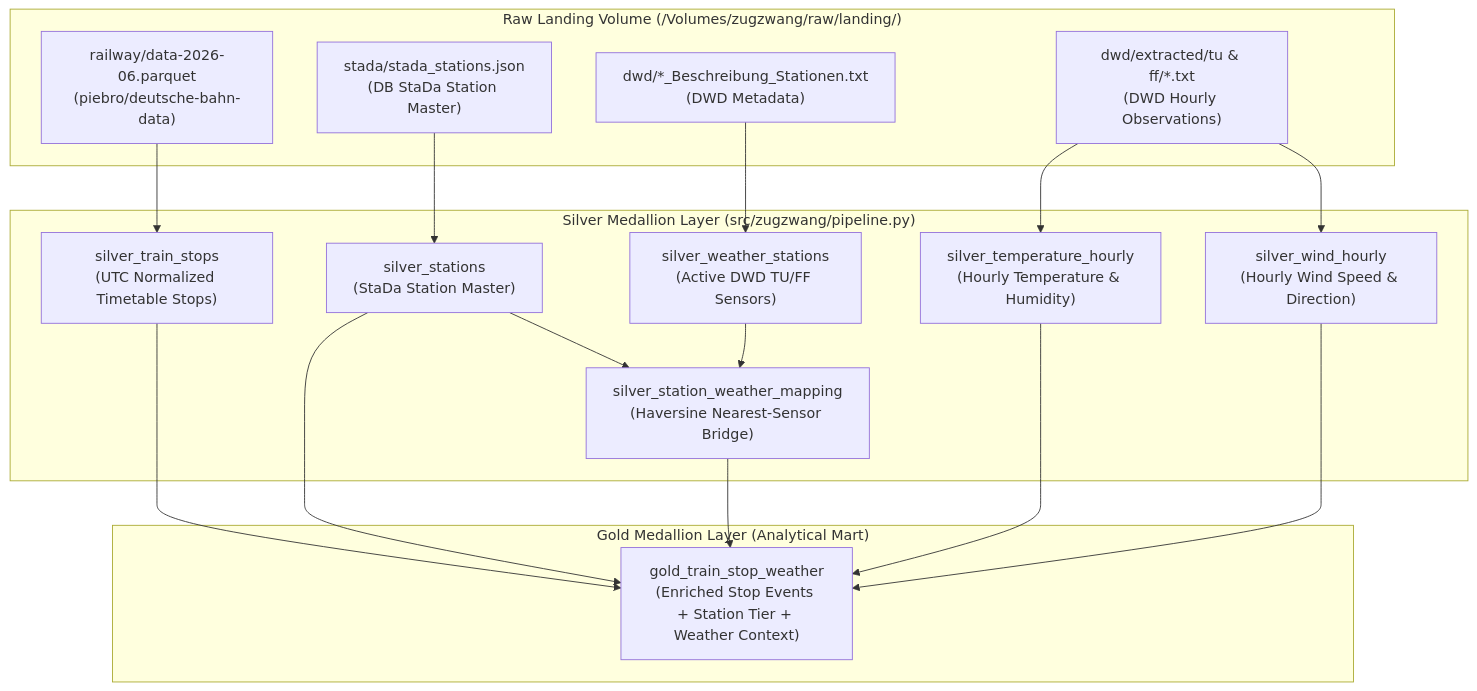
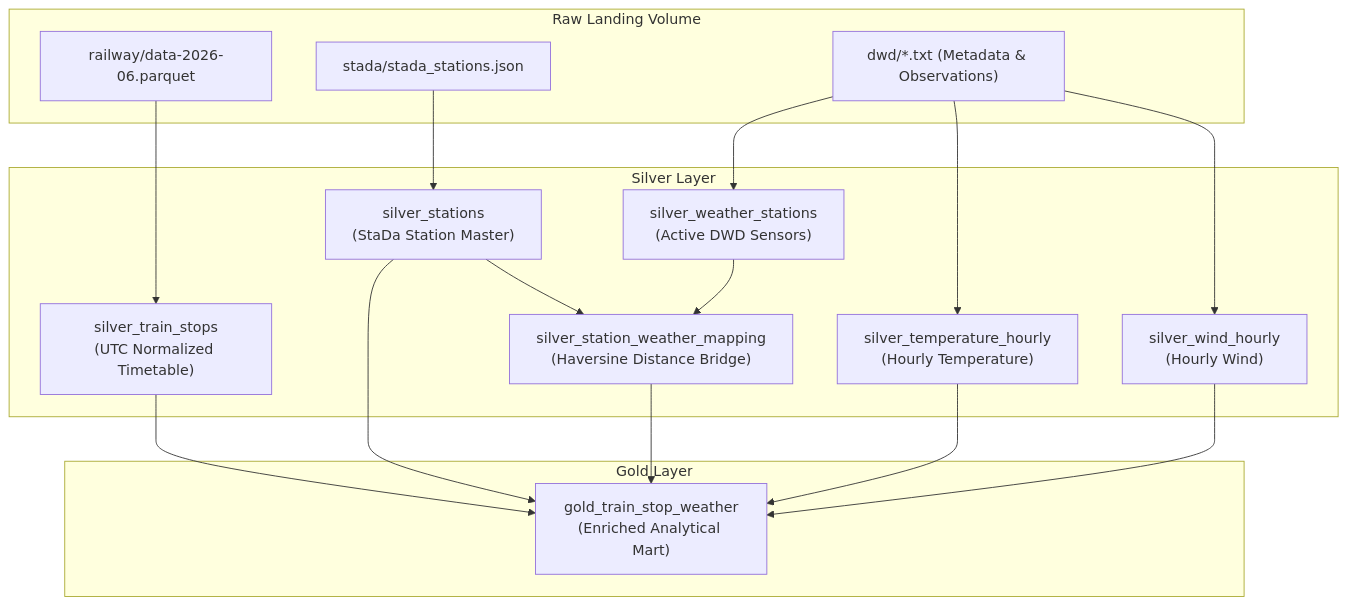
Before and after one commit to ziyuonmain/zugzwang: the diagram in README.md, drawn with Mermaid. The commit also changed other lines of this file and 3 other files, not shown here.

Commit message:
docs: refine architecture diagrams, correct license, and update workflow name

````diff
--- a/README.md
+++ b/README.md
@@ -20,37 +20,36 @@
 ```mermaid
 flowchart TD
-    subgraph Raw["Raw Landing Volume (/Volumes/zugzwang/raw/landing/)"]
-        raw_rail["railway/data-2026-06.parquet<br/>(piebro/deutsche-bahn-data)"]
-        raw_stada["stada/stada_stations.json<br/>(DB StaDa Station Master)"]
-        raw_dwd_meta["dwd/*_Beschreibung_Stationen.txt<br/>(DWD Metadata)"]
-        raw_dwd_obs["dwd/extracted/tu & ff/*.txt<br/>(DWD Hourly Observations)"]
+    subgraph Raw["Raw Landing Volume"]
+        raw_rail["railway/data-2026-06.parquet"]
+        raw_stada["stada/stada_stations.json"]
+        raw_dwd["dwd/*.txt (Metadata & Observations)"]
     end
 
-    subgraph Silver["Silver Medallion Layer (src/zugzwang/pipeline.py)"]
-        silver_stations["silver_stations<br/>(StaDa Station Master)"]
-        silver_weather_stations["silver_weather_stations<br/>(Active DWD TU/FF Sensors)"]
-        silver_mapping["silver_station_weather_mapping<br/>(Haversine Nearest-Sensor Bridge)"]
-        silver_stops["silver_train_stops<br/>(UTC Normalized Timetable Stops)"]
-        silver_tu["silver_temperature_hourly<br/>(Hourly Temperature & Humidity)"]
-        silver_ff["silver_wind_hourly<br/>(Hourly Wind Speed & Direction)"]
+    subgraph Silver["Silver Layer"]
+        s_stops["silver_train_stops<br/>(UTC Normalized Timetable)"]
+        s_stations["silver_stations<br/>(StaDa Station Master)"]
+        s_weather_st["silver_weather_stations<br/>(Active DWD Sensors)"]
+        s_mapping["silver_station_weather_mapping<br/>(Haversine Distance Bridge)"]
+        s_tu["silver_temperature_hourly<br/>(Hourly Temperature)"]
+        s_ff["silver_wind_hourly<br/>(Hourly Wind)"]
     end
 
-    subgraph Gold["Gold Medallion Layer (Analytical Mart)"]
-        gold_mart["gold_train_stop_weather<br/>(Enriched Stop Events + Station Tier + Weather Context)"]
+    subgraph Gold["Gold Layer"]
+        gold_mart["gold_train_stop_weather<br/>(Enriched Analytical Mart)"]
     end
 
-    raw_stada --> silver_stations
-    raw_dwd_meta --> silver_weather_stations
-    silver_stations --> silver_mapping
-    silver_weather_stations --> silver_mapping
+    raw_rail --> s_stops
+    raw_stada --> s_stations
+    raw_dwd --> s_weather_st
+    raw_dwd --> s_tu
+    raw_dwd --> s_ff
 
-    raw_rail --> silver_stops
-    raw_dwd_obs --> silver_tu
-    raw_dwd_obs --> silver_ff
+    s_stations --> s_mapping
+    s_weather_st --> s_mapping
 
-    silver_stops --> gold_mart
-    silver_stations --> gold_mart
-    silver_mapping --> gold_mart
-    silver_tu --> gold_mart
-    silver_ff --> gold_mart
+    s_stops --> gold_mart
+    s_stations --> gold_mart
+    s_mapping --> gold_mart
+    s_tu --> gold_mart
+    s_ff --> gold_mart
 ```
````
